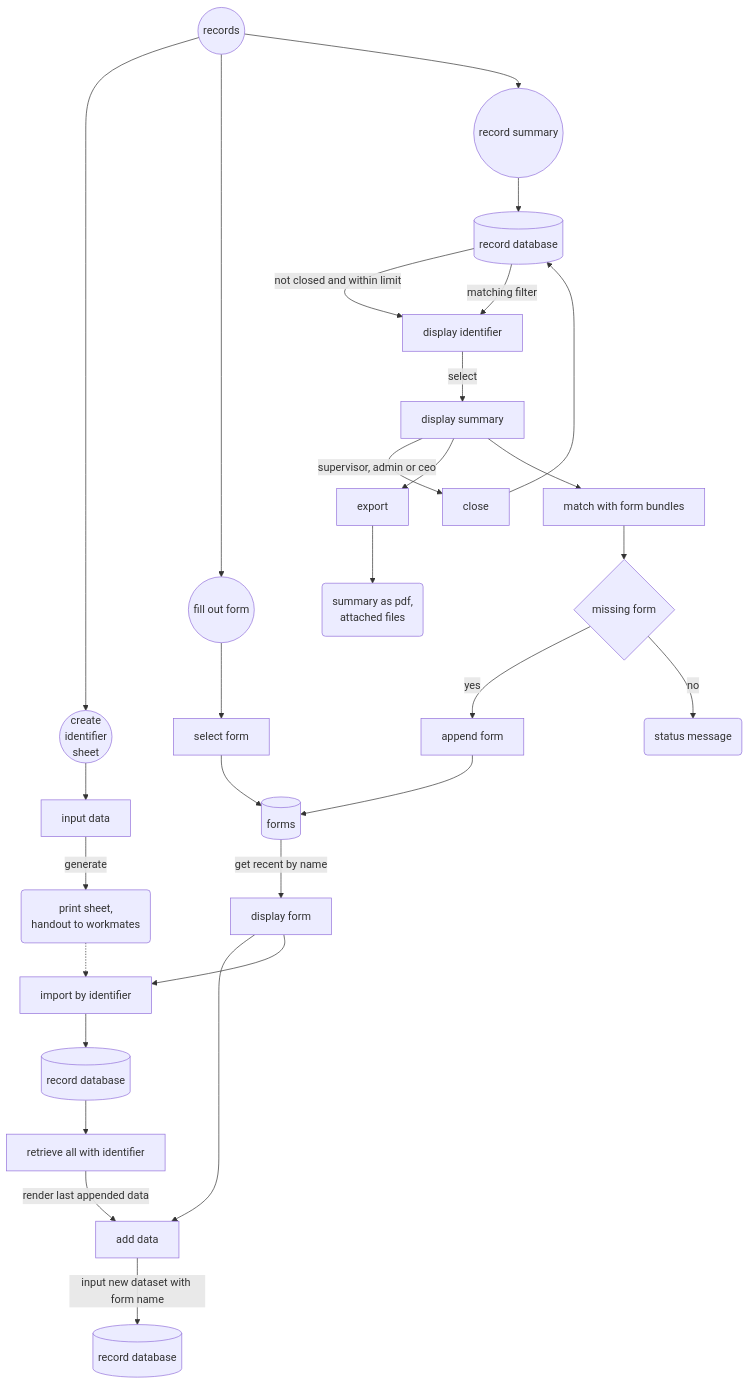
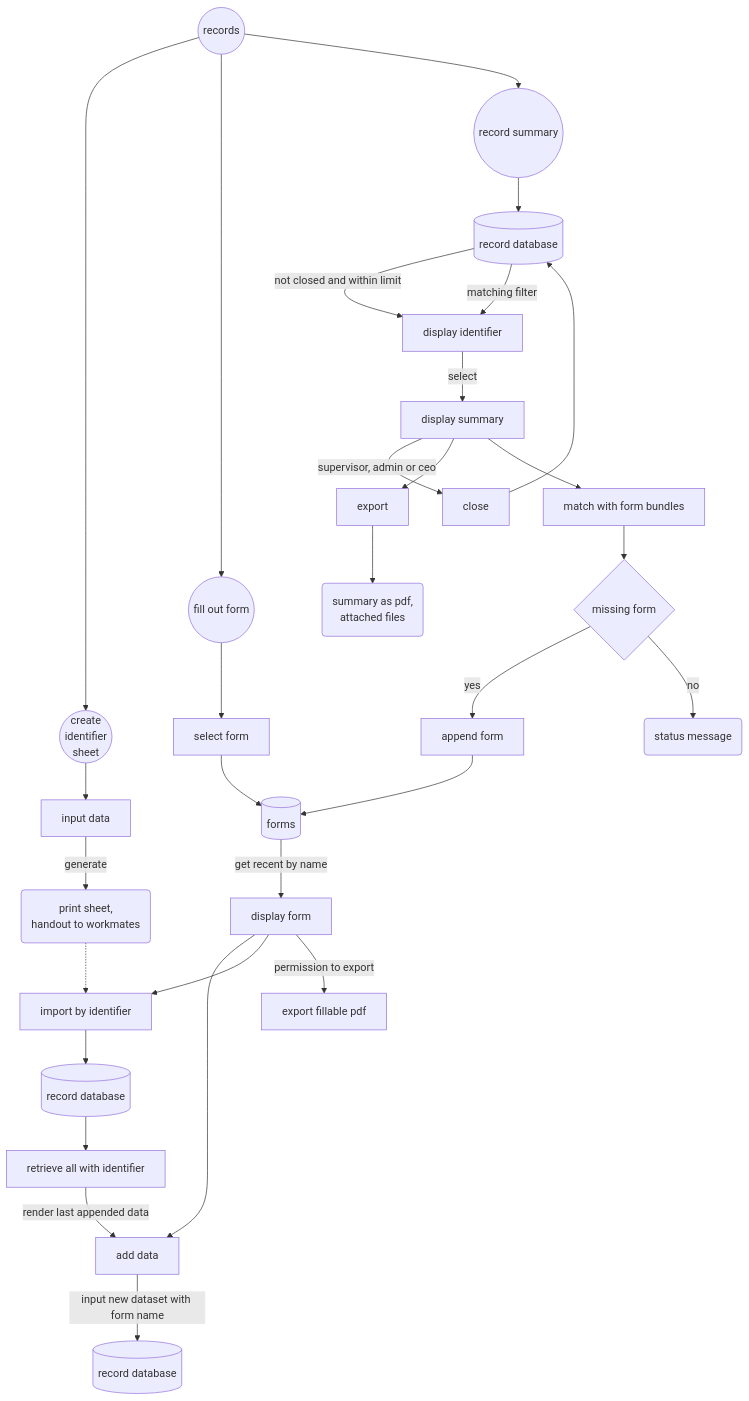
Before and after one commit to erroronline1/caro: the fourth of 7 diagrams in readme.md, drawn with Mermaid. The commit also changed other lines of this file and 6 other files, not shown here.

Commit message:
set optional export permission for forms

````diff
--- a/readme.md
+++ b/readme.md
@@ -438,38 +437,39 @@
 ```mermaid
 graph TD;
     records((records))-->identifiersheet(("create
     identifier
     sheet"));
     identifiersheet-->input[input data];
     input-->|generate|print("print sheet,
     handout to workmates");
 
     records-->fillform((fill out form));
     fillform-->selectform[select form];
     selectform-->forms[(forms)];
     forms-->|get recent by name|displayform[display form];
     displayform-->inputdata[add data];
     inputdata-->|input new dataset with form name|recorddb[(record database)];
     displayform-->idimport[import by identifier];
     idimport-->recorddb2[(record database)];
     recorddb2-->selectbyid[retrieve all with identifier];
     selectbyid-->|render last appended data|inputdata;
+    displayform-->|permission to export|exportform[export fillable pdf]
 
     print-.->idimport;
 
     records-->summaries((record summary));
     summaries-->recorddb3[(record database)]
     recorddb3-->|not closed and within limit|displayids[display identifier];
     recorddb3-->|matching filter|displayids;
     displayids-->|select|summary[display summary];
     summary-->|supervisor, admin or ceo|close[close];
     close-->recorddb3
     summary-->export[export];
     export-->pdf("summary as pdf,
     attached files");
     summary-->matchbundles[match with form bundles];
     matchbundles-->missing{missing form};
     missing-->|yes|appenddata[append form];
     appenddata-->forms;
     missing-->|no|nonemissing(status message);
 ```
````
